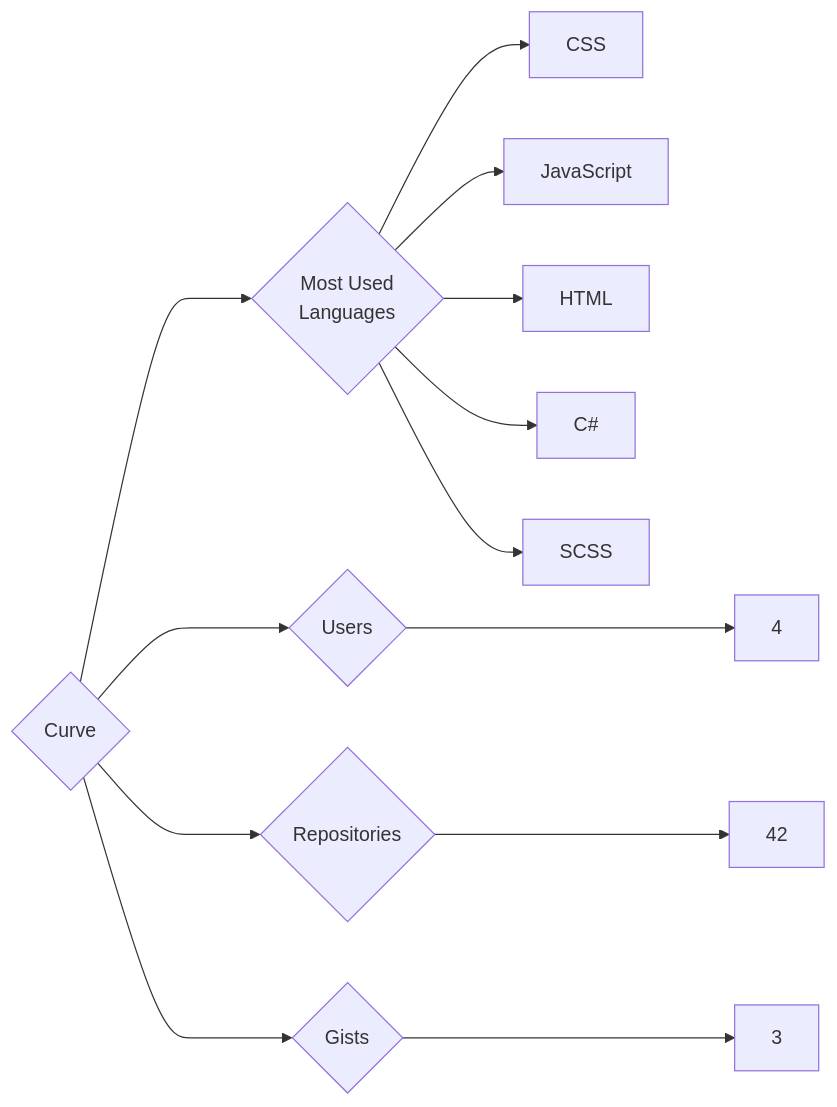
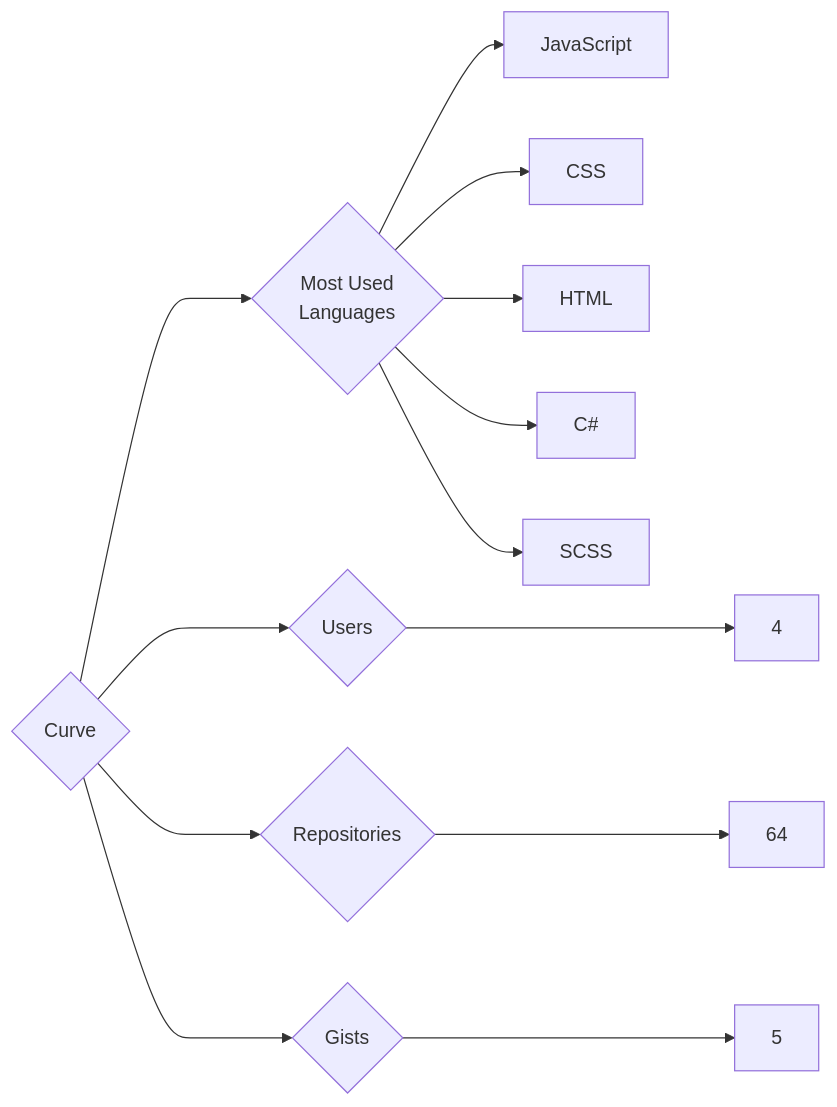
The diagram in targets/Curve/README.md (trickest/insiders), drawn with Mermaid before and after one commit. The commit also changed 748 other files, not shown here.

````diff
--- a/targets/Curve/README.md
+++ b/targets/Curve/README.md
@@ -3,13 +3,13 @@
 ```mermaid
 graph LR
 COMPANY_NAME{Curve}
 COMPANY_NAME ---> U{Users} ---> UN[4]
-COMPANY_NAME ---> R{Repositories} ---> RN[42]
-COMPANY_NAME ---> G{Gists} ---> GN[3]
+COMPANY_NAME ---> R{Repositories} ---> RN[64]
+COMPANY_NAME ---> G{Gists} ---> GN[5]
 COMPANY_NAME ---> ML{Most Used<br>Languages}
+ML --> JavaScript[JavaScript]
 ML --> CSS[CSS]
-ML --> JavaScript[JavaScript]
 ML --> HTML[HTML]
 ML --> C#[C#]
 ML --> SCSS[SCSS]
 ```
````
